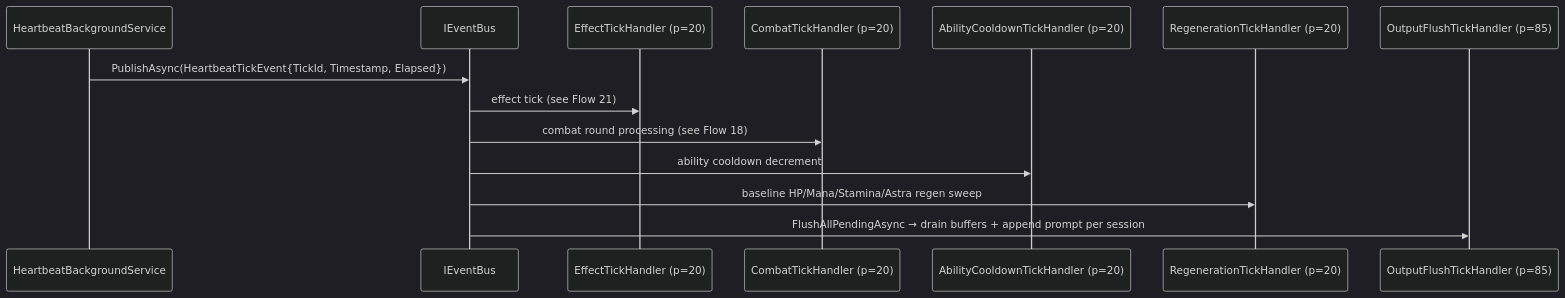
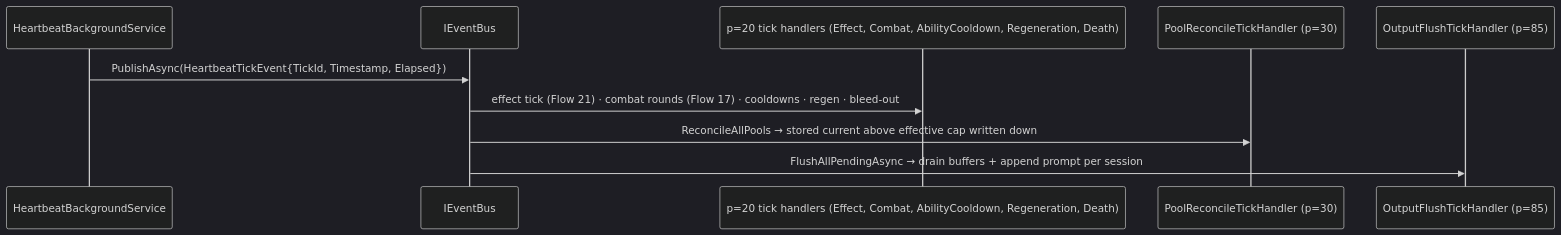
One commit to dmbyer/Hedron changed the diagram in docs/architecture/flows/flow-16-heartbeat-tick.md. Above: the diagram before and after it, drawn with Mermaid (dark theme). The commit also changed other lines of this file and 77 other files, not shown here.

First line of the commit message:
Phase 5 slice 5b: combat effective scores (effective Body in melee, effective pool caps, heartbeat clamp-down) (#168)

````diff
--- a/docs/architecture/flows/flow-16-heartbeat-tick.md
+++ b/docs/architecture/flows/flow-16-heartbeat-tick.md
@@ -9,17 +9,13 @@
 ```mermaid
 sequenceDiagram
     participant HBS as HeartbeatBackgroundService
     participant Bus as IEventBus
-    participant ETH as EffectTickHandler (p=20)
-    participant CTH as CombatTickHandler (p=20)
-    participant ACTH as AbilityCooldownTickHandler (p=20)
-    participant RTH as RegenerationTickHandler (p=20)
+    participant D20 as p=20 tick handlers (Effect, Combat, AbilityCooldown, Regeneration, Death)
+    participant PRTH as PoolReconcileTickHandler (p=30)
     participant OFTH as OutputFlushTickHandler (p=85)
 
     HBS->>Bus: PublishAsync(HeartbeatTickEvent{TickId, Timestamp, Elapsed})
-    Bus->>ETH: effect tick (see Flow 21)
-    Bus->>CTH: combat round processing (see Flow 18)
-    Bus->>ACTH: ability cooldown decrement
-    Bus->>RTH: baseline HP/Mana/Stamina/Astra regen sweep
+    Bus->>D20: effect tick (Flow 21) · combat rounds (Flow 17) · cooldowns · regen · bleed-out
+    Bus->>PRTH: ReconcileAllPools → stored current above effective cap written down
     Bus->>OFTH: FlushAllPendingAsync → drain buffers + append prompt per session
 ```
````
